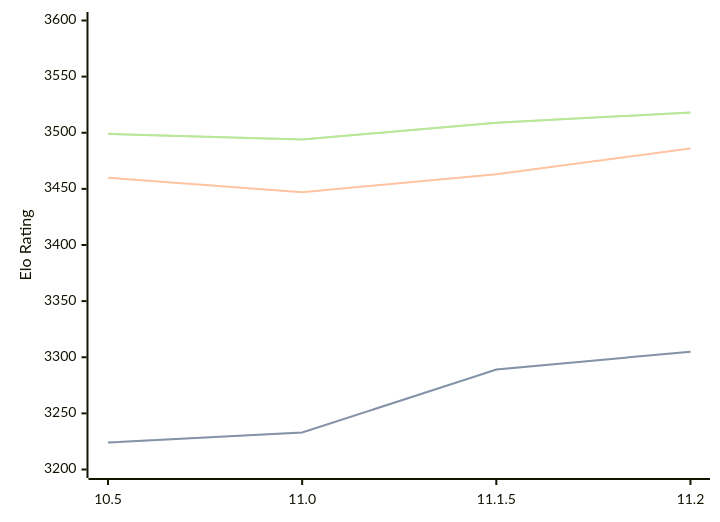
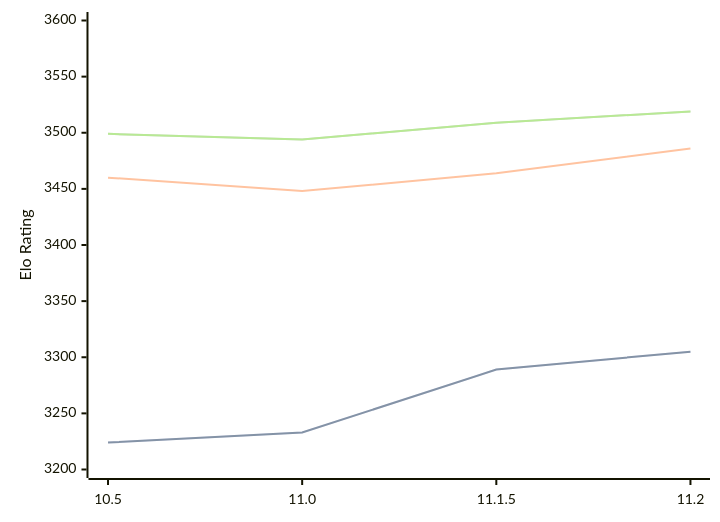
The diagram in engines/Lizard.md (computer-chess-index/cci), drawn with Mermaid before and after one commit. The commit also changed other lines of this file, not shown here.

Commit message:
Update CCI Ratings (ELO VLTC) - 2026-09-02

````diff
--- a/engines/Lizard.md
+++ b/engines/Lizard.md
@@ -34,11 +34,11 @@
 ```mermaid
 %%{init: {"theme":"base","themeVariables":{"seriesColors:['#a3a3a3','#222221','#faa371']}}}%%
 xychart-beta
   x-axis ["10.5", "11.0", "11.1.5", "11.2"]
   y-axis "Elo Rating" 3200 --> 3600
   line "" [3224, 3233, 3289, 3305]
   line "STC (8.0+0.08s)" [3224, 3233, 3289, 3305]
-  line "LTC (60.0+0.60s)" [3460, 3447, 3463, 3486]
-  line "" [3499, 3494, 3509, 3518]
-  line "VLTC (2m24s+1.12s)" [3499, 3494, 3509, 3518]
+  line "LTC (60.0+0.60s)" [3460, 3448, 3464, 3486]
+  line "" [3499, 3494, 3509, 3519]
+  line "VLTC (2m24s+1.12s)" [3499, 3494, 3509, 3519]
 ```
````
